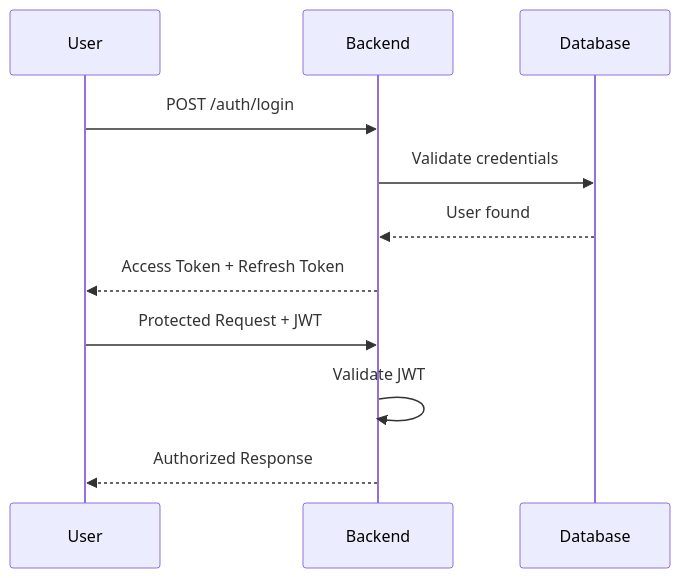
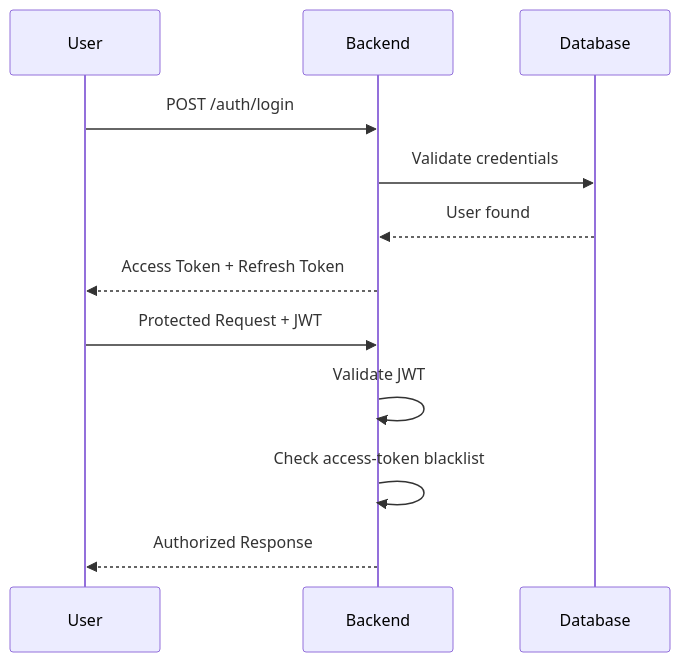
Before and after one commit to OmkarDongre7772/SnapFix-Backend: the fifth of 10 diagrams in README.md, drawn with Mermaid. The commit also changed other lines of this file and 29 other files, not shown here.

````diff
--- a/README.md
+++ b/README.md
@@ -206,18 +267,19 @@
 ```mermaid
 sequenceDiagram
 
     participant User
     participant Backend
     participant Database
 
     User->>Backend: POST /auth/login
     Backend->>Database: Validate credentials
     Database-->>Backend: User found
 
     Backend-->>User: Access Token + Refresh Token
 
     User->>Backend: Protected Request + JWT
     Backend->>Backend: Validate JWT
+    Backend->>Backend: Check access-token blacklist
 
     Backend-->>User: Authorized Response
 ```
````
